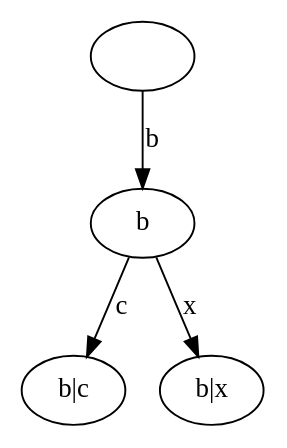
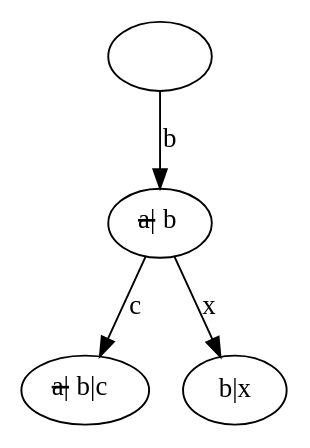
One commit to julian-klode/blog.jak-linux.org changed the diagram in content/post/dependency-tries/trie2.dot. Above: the diagram before and after it, drawn with Graphviz. The commit also changed 1 other file, not shown here.

```diff
--- a/content/post/dependency-tries/trie2.dot
+++ b/content/post/dependency-tries/trie2.dot
@@ -1,11 +1,11 @@
 digraph {
 
     root [label=""];
-    bc [label="b|c"];
-    b [label="b"];
+    bc [label=<<s>a|</s>b|c>];
+    b [label=<<s>a|</s>b>];
     bx [label="b|x"];
 
     root -> b [label="b"];
     b -> bx [label="x"];
     b -> bc [label="c"];
 }
```
